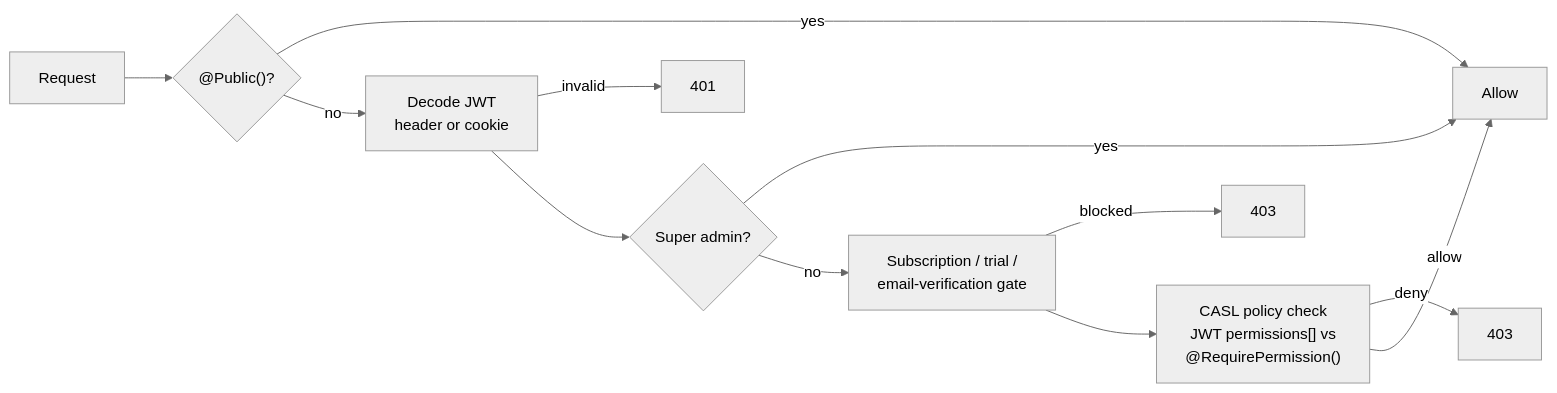
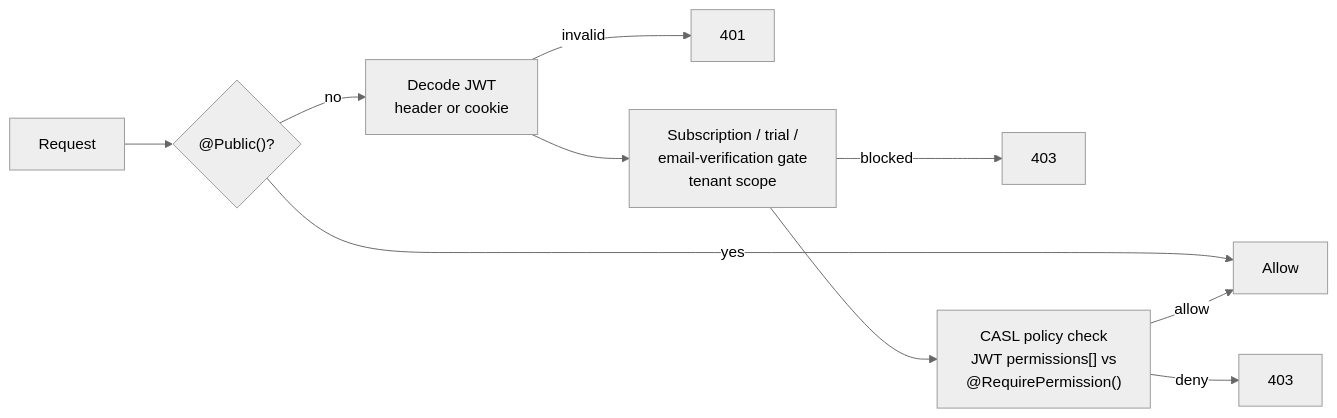
One commit to SpidySamurai/lab2next-showcase changed the second of 4 diagrams in docs/architecture.md. Above: the diagram before and after it, drawn with Mermaid. The commit also changed other lines of this file and 2 other files, not shown here.

First line of the commit message:
Diagrams show the three module layers; super admin reframed as platform scope

````diff
--- a/docs/architecture.md
+++ b/docs/architecture.md
@@ -56,15 +66,13 @@
 ```mermaid
 %%{init: {'theme': 'neutral'}}%%
 flowchart LR
     R[Request] --> P{"@Public()?"}
     P -- yes --> OK[Allow]
     P -- no --> J[Decode JWT<br/>header or cookie]
     J -- invalid --> D401[401]
-    J --> SA{Super admin?}
-    SA -- yes --> OK
-    SA -- no --> SUB[Subscription / trial /<br/>email-verification gate]
+    J --> SUB[Subscription / trial /<br/>email-verification gate<br/>tenant scope]
     SUB -- blocked --> D403a[403]
     SUB --> CASL["CASL policy check<br/>JWT permissions[] vs<br/>@RequirePermission()"]
     CASL -- deny --> D403b[403]
     CASL -- allow --> OK
 ```
````
